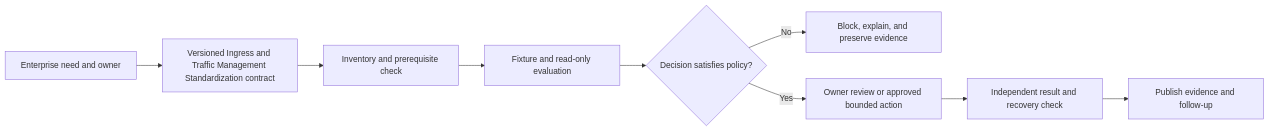
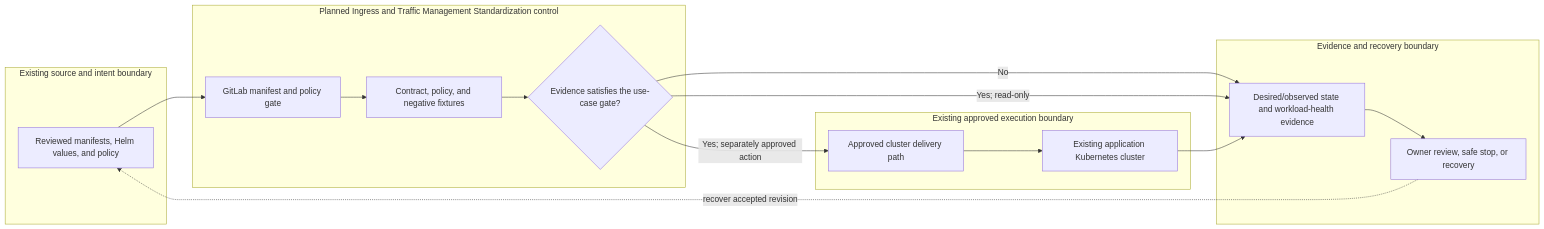
Before and after one commit to MIDHTECH/enterprise-architecture-docs: the diagram in docs/use-cases/kubernetes/UC-K8S-009-ingress-and-traffic-management-standardization.md, drawn with Mermaid. The commit also changed other lines of this file and 227 other files, not shown here.

Commit message:
Deepen architecture for all use case designs

````diff
--- a/docs/use-cases/kubernetes/UC-K8S-009-ingress-and-traffic-management-standardization.md
+++ b/docs/use-cases/kubernetes/UC-K8S-009-ingress-and-traffic-management-standardization.md
@@ -136,11 +129,25 @@
 ```mermaid
 flowchart LR
-    Need["Enterprise need and owner"] --> Contract["Versioned Ingress and Traffic Management Standardization contract"]
-    Contract --> Preflight["Inventory and prerequisite check"]
-    Preflight --> Evaluate["Fixture and read-only evaluation"]
-    Evaluate --> Decision{"Decision satisfies policy?"}
-    Decision -->|No| Stop["Block, explain, and preserve evidence"]
-    Decision -->|Yes| Review["Owner review or approved bounded action"]
-    Review --> Verify["Independent result and recovery check"]
-    Verify --> Publish["Publish evidence and follow-up"]
+    subgraph Source["Existing source and intent boundary"]
+        A["Reviewed manifests, Helm values, and policy"]
+    end
+    subgraph Planned["Planned Ingress and Traffic Management Standardization control"]
+        B["GitLab manifest and policy gate"]
+        C["Contract, policy, and negative fixtures"]
+        D{"Evidence satisfies the use-case gate?"}
+    end
+    subgraph Runtime["Existing approved execution boundary"]
+        E["Approved cluster delivery path"]
+        F["Existing application Kubernetes cluster"]
+    end
+    subgraph Assurance["Evidence and recovery boundary"]
+        G["Desired/observed state and workload-health evidence"]
+        H["Owner review, safe stop, or recovery"]
+    end
+
+    A --> B --> C --> D
+    D -->|No| G --> H
+    D -->|Yes; read-only| G
+    D -->|Yes; separately approved action| E --> F --> G
+    H -. recover accepted revision .-> A
 ```
````
